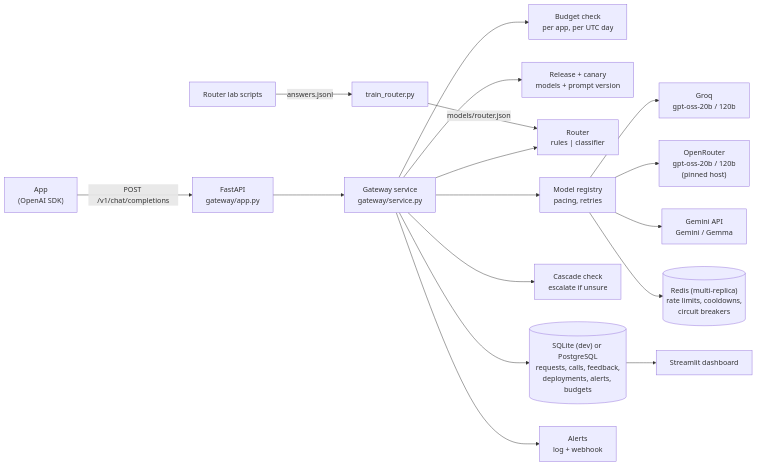
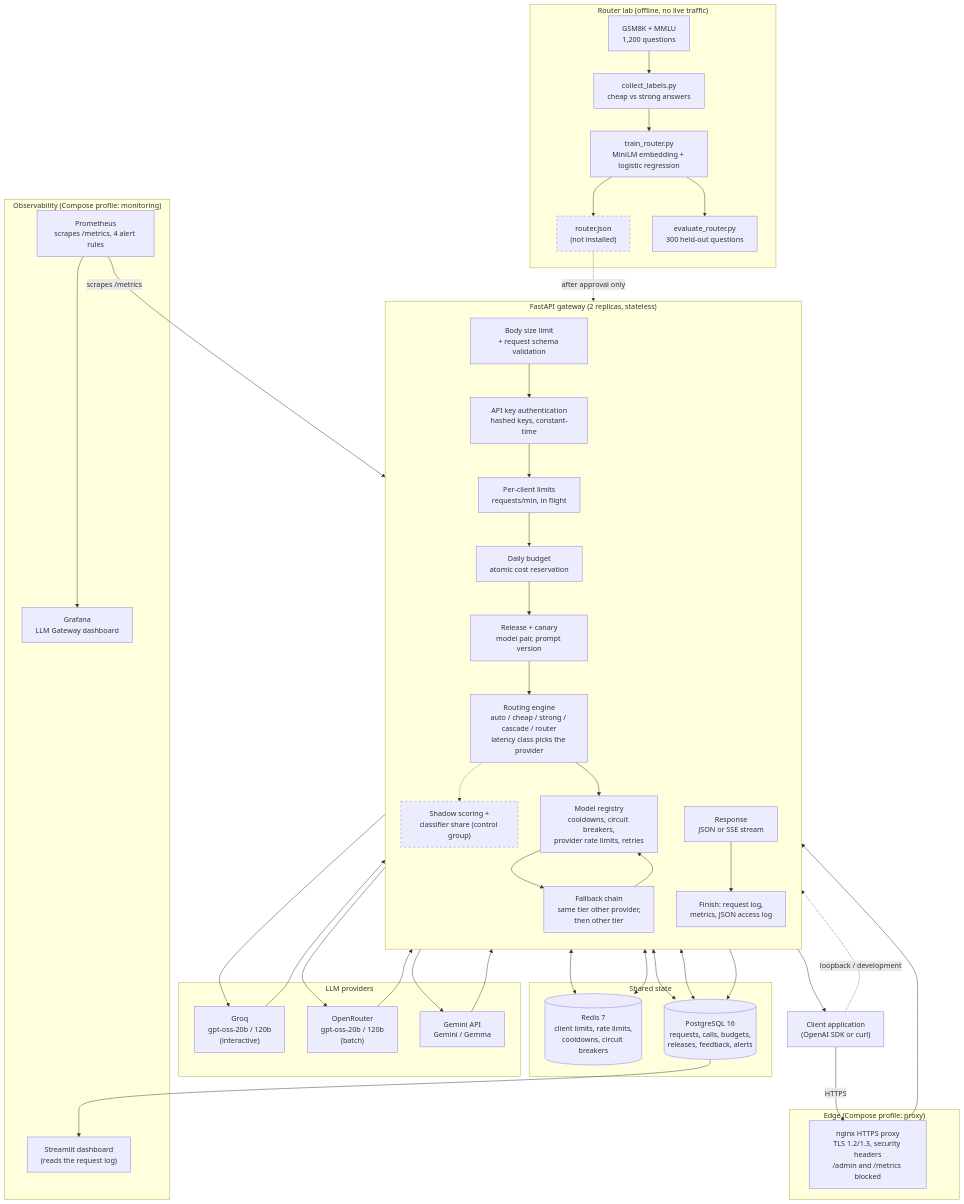
One commit to thakursamir0000-star/LLM_Gateway changed the diagram in README.md. Above: the diagram before and after it, drawn with Mermaid. The commit also changed other lines of this file and 12 other files, not shown here.

First line of the commit message:
Polish the project for its portfolio: README, diagram, demo, docs

````diff
--- a/README.md
+++ b/README.md
@@ -112,18 +72,68 @@
 ```mermaid
-flowchart LR
-    App["App<br/>(OpenAI SDK)"] -->|"POST /v1/chat/completions"| API["FastAPI<br/>gateway/app.py"]
-    API --> Svc["Gateway service<br/>gateway/service.py"]
-    Svc --> Budget["Budget check<br/>per app, per UTC day"]
-    Svc --> Rel["Release + canary<br/>models + prompt version"]
-    Svc --> Router["Router<br/>rules | classifier"]
-    Svc --> Reg["Model registry<br/>pacing, retries"]
-    Reg --> Groq["Groq<br/>gpt-oss-20b / 120b"]
-    Reg --> OpenRouter["OpenRouter<br/>gpt-oss-20b / 120b<br/>(pinned host)"]
-    Reg --> Gemini["Gemini API<br/>Gemini / Gemma"]
-    Svc --> Check["Cascade check<br/>escalate if unsure"]
-    Svc --> DB[("SQLite (dev) or PostgreSQL<br/>requests, calls, feedback,<br/>deployments, alerts, budgets")]
-    Reg --> Redis[("Redis (multi-replica)<br/>rate limits, cooldowns,<br/>circuit breakers")]
-    Svc --> Alerts["Alerts<br/>log + webhook"]
-    DB --> Dash["Streamlit dashboard"]
-    Lab["Router lab scripts"] -->|"answers.jsonl"| Train["train_router.py"] -->|"models/router.json"| Router
+flowchart TB
+    Client["Client application<br/>(OpenAI SDK or curl)"]
+
+    subgraph Edge["Edge (Compose profile: proxy)"]
+        Proxy["nginx HTTPS proxy<br/>TLS 1.2/1.3, security headers<br/>/admin and /metrics blocked"]
+    end
+
+    subgraph GW["FastAPI gateway (2 replicas, stateless)"]
+        direction TB
+        Limits["Body size limit<br/>+ request schema validation"]
+        Auth["API key authentication<br/>hashed keys, constant-time"]
+        ClientRL["Per-client limits<br/>requests/min, in flight"]
+        Budget["Daily budget<br/>atomic cost reservation"]
+        Release["Release + canary<br/>model pair, prompt version"]
+        Route["Routing engine<br/>auto / cheap / strong / cascade / router<br/>latency class picks the provider"]
+        Shadow["Shadow scoring +<br/>classifier share (control group)"]:::off
+        Registry["Model registry<br/>cooldowns, circuit breakers,<br/>provider rate limits, retries"]
+        Fallback["Fallback chain<br/>same tier other provider,<br/>then other tier"]
+        Respond["Response<br/>JSON or SSE stream"]
+        Finish["Finish: request log,<br/>metrics, JSON access log"]
+    end
+
+    subgraph Providers["LLM providers"]
+        Groq["Groq<br/>gpt-oss-20b / 120b<br/>(interactive)"]
+        OR["OpenRouter<br/>gpt-oss-20b / 120b<br/>(batch)"]
+        Gemini["Gemini API<br/>Gemini / Gemma"]
+    end
+
+    subgraph State["Shared state"]
+        Redis[("Redis 7<br/>client limits, rate limits,<br/>cooldowns, circuit breakers")]
+        PG[("PostgreSQL 16<br/>requests, calls, budgets,<br/>releases, feedback, alerts")]
+    end
+
+    subgraph Obs["Observability (Compose profile: monitoring)"]
+        Prom["Prometheus<br/>scrapes /metrics, 4 alert rules"]
+        Grafana["Grafana<br/>LLM Gateway dashboard"]
+        Dash["Streamlit dashboard<br/>(reads the request log)"]
+    end
+
+    subgraph Lab["Router lab (offline, no live traffic)"]
+        Bench["GSM8K + MMLU<br/>1,200 questions"] --> Labels["collect_labels.py<br/>cheap vs strong answers"]
+        Labels --> Train["train_router.py<br/>MiniLM embedding + logistic regression"]
+        Train --> Artifact["router.json<br/>(not installed)"]:::off
+        Train --> Eval["evaluate_router.py<br/>300 held-out questions"]
+    end
+
+    Client -->|"HTTPS"| Proxy --> Limits
+    Client -.->|"loopback / development"| Limits
+    Limits --> Auth --> ClientRL --> Budget --> Release --> Route
+    Route -.-> Shadow
+    Route --> Registry --> Groq & OR & Gemini
+    Registry --> Fallback --> Registry
+    Groq & OR & Gemini --> Respond --> Client
+    Respond --> Finish
+
+    ClientRL <--> Redis
+    Registry <--> Redis
+    Budget <--> PG
+    Release <--> PG
+    Finish --> PG
+    Prom -->|"scrapes /metrics"| Finish
+    Prom --> Grafana
+    PG --> Dash
+    Artifact -.->|"after approval only"| Route
+
+    classDef off stroke-dasharray: 5 5
 ```
````
